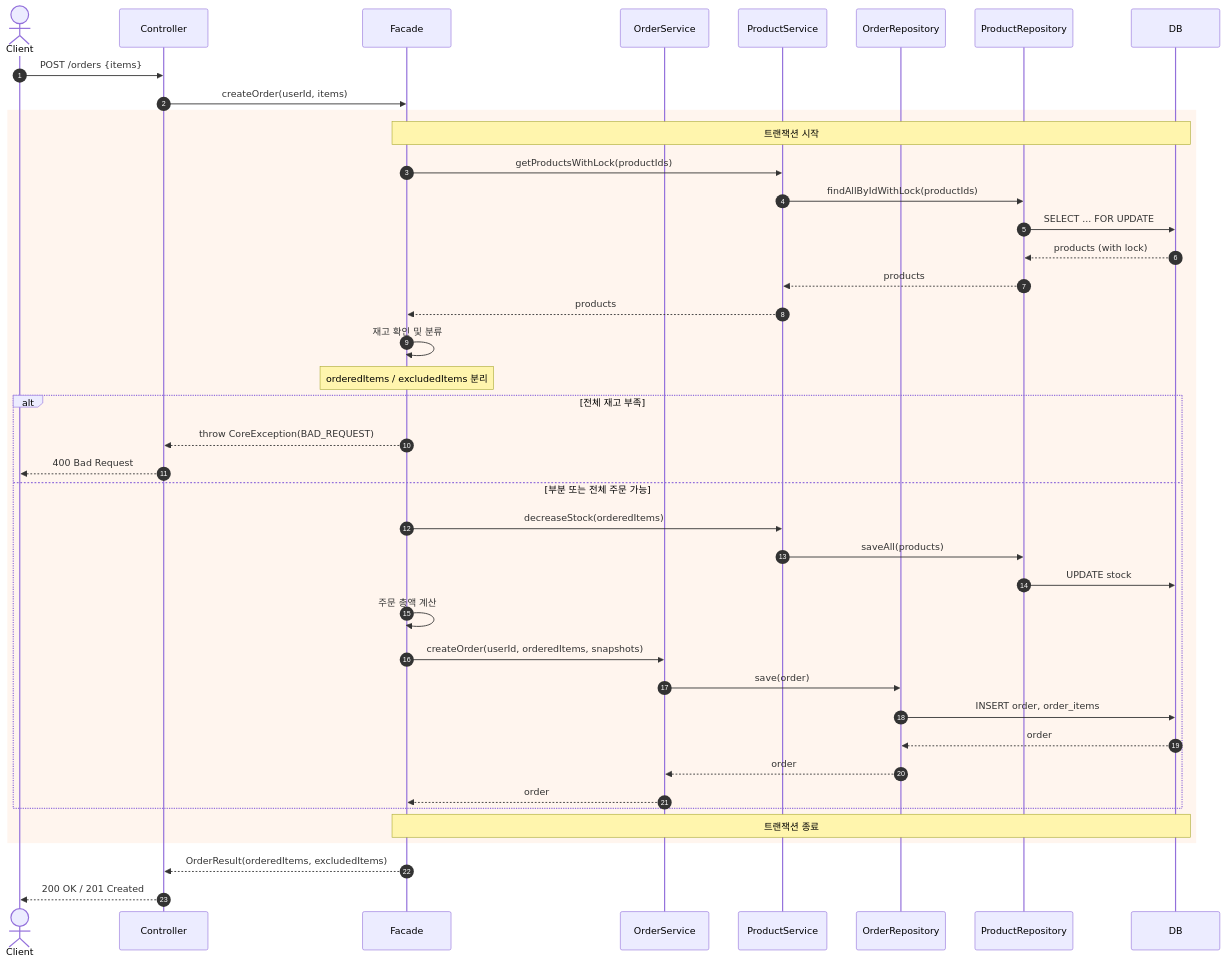
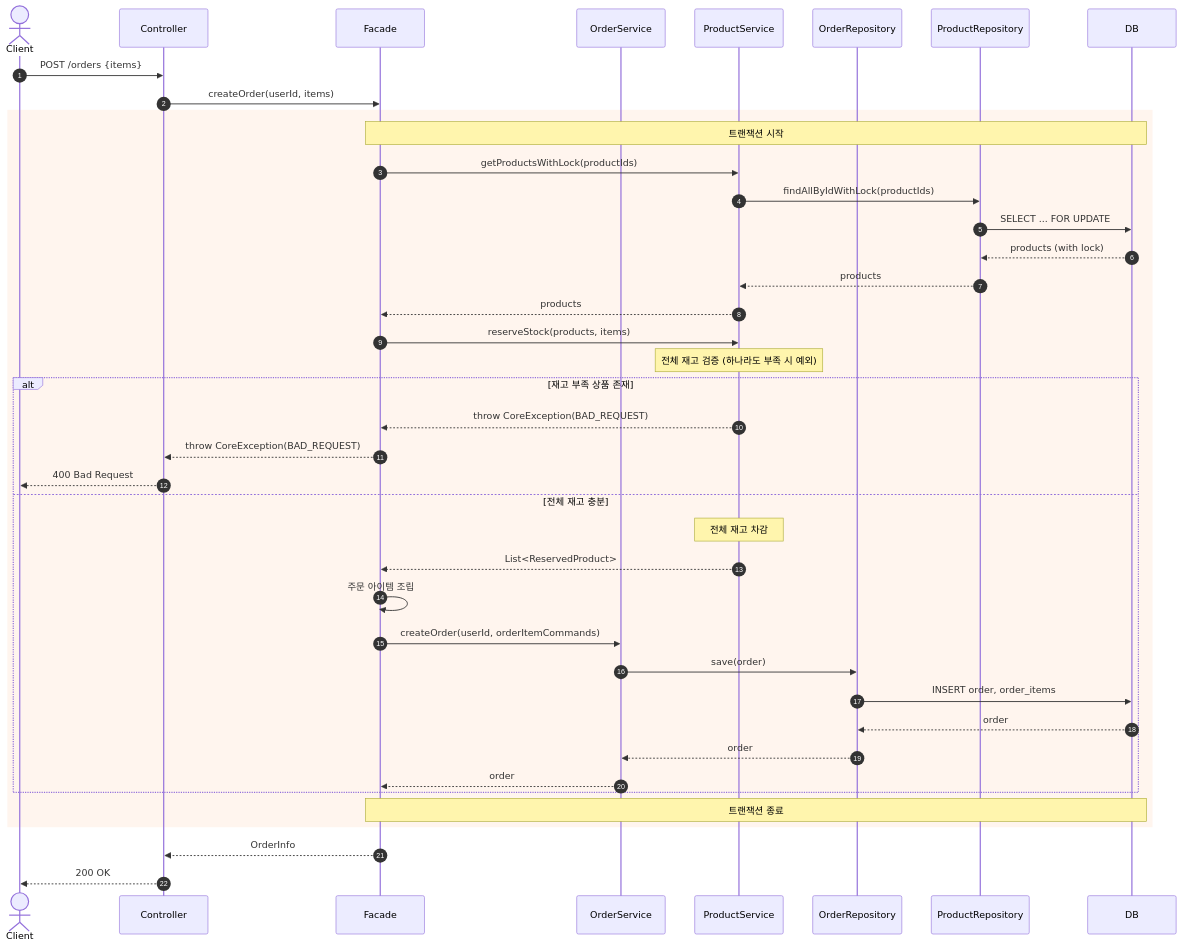
The first of 7 diagrams in docs/design/02-sequence-diagrams.md (Loopers-dev-lab/loop-pack-be-l2-vol3-kotlin), drawn with Mermaid before and after one commit. The commit also changed other lines of this file and 2 other files, not shown here.

````diff
--- a/docs/design/02-sequence-diagrams.md
+++ b/docs/design/02-sequence-diagrams.md
@@ -29,52 +29,52 @@
 ```mermaid
 sequenceDiagram
     autonumber
     actor Client
     participant Controller
     participant Facade
     participant OrderService
     participant ProductService
     participant OrderRepository
     participant ProductRepository
     participant DB
 
     Client->>Controller: POST /orders {items}
     Controller->>Facade: createOrder(userId, items)
 
     rect rgb(255, 245, 238)
         Note over Facade,DB: 트랜잭션 시작
 
         Facade->>ProductService: getProductsWithLock(productIds)
         ProductService->>ProductRepository: findAllByIdWithLock(productIds)
         ProductRepository->>DB: SELECT ... FOR UPDATE
         DB-->>ProductRepository: products (with lock)
         ProductRepository-->>ProductService: products
         ProductService-->>Facade: products
 
-        Facade->>Facade: 재고 확인 및 분류
-        Note over Facade: orderedItems / excludedItems 분리
+        Facade->>ProductService: reserveStock(products, items)
+        Note over ProductService: 전체 재고 검증 (하나라도 부족 시 예외)
 
-        alt 전체 재고 부족
+        alt 재고 부족 상품 존재
+            ProductService-->>Facade: throw CoreException(BAD_REQUEST)
             Facade-->>Controller: throw CoreException(BAD_REQUEST)
             Controller-->>Client: 400 Bad Request
-        else 부분 또는 전체 주문 가능
-            Facade->>ProductService: decreaseStock(orderedItems)
-            ProductService->>ProductRepository: saveAll(products)
-            ProductRepository->>DB: UPDATE stock
+        else 전체 재고 충분
+            Note over ProductService: 전체 재고 차감
+            ProductService-->>Facade: List<ReservedProduct>
 
-            Facade->>Facade: 주문 총액 계산
+            Facade->>Facade: 주문 아이템 조립
 
-            Facade->>OrderService: createOrder(userId, orderedItems, snapshots)
+            Facade->>OrderService: createOrder(userId, orderItemCommands)
             OrderService->>OrderRepository: save(order)
             OrderRepository->>DB: INSERT order, order_items
             DB-->>OrderRepository: order
             OrderRepository-->>OrderService: order
             OrderService-->>Facade: order
         end
 
         Note over Facade,DB: 트랜잭션 종료
     end
 
-    Facade-->>Controller: OrderResult(orderedItems, excludedItems)
-    Controller-->>Client: 200 OK / 201 Created
+    Facade-->>Controller: OrderInfo
+    Controller-->>Client: 200 OK
 ```
````
